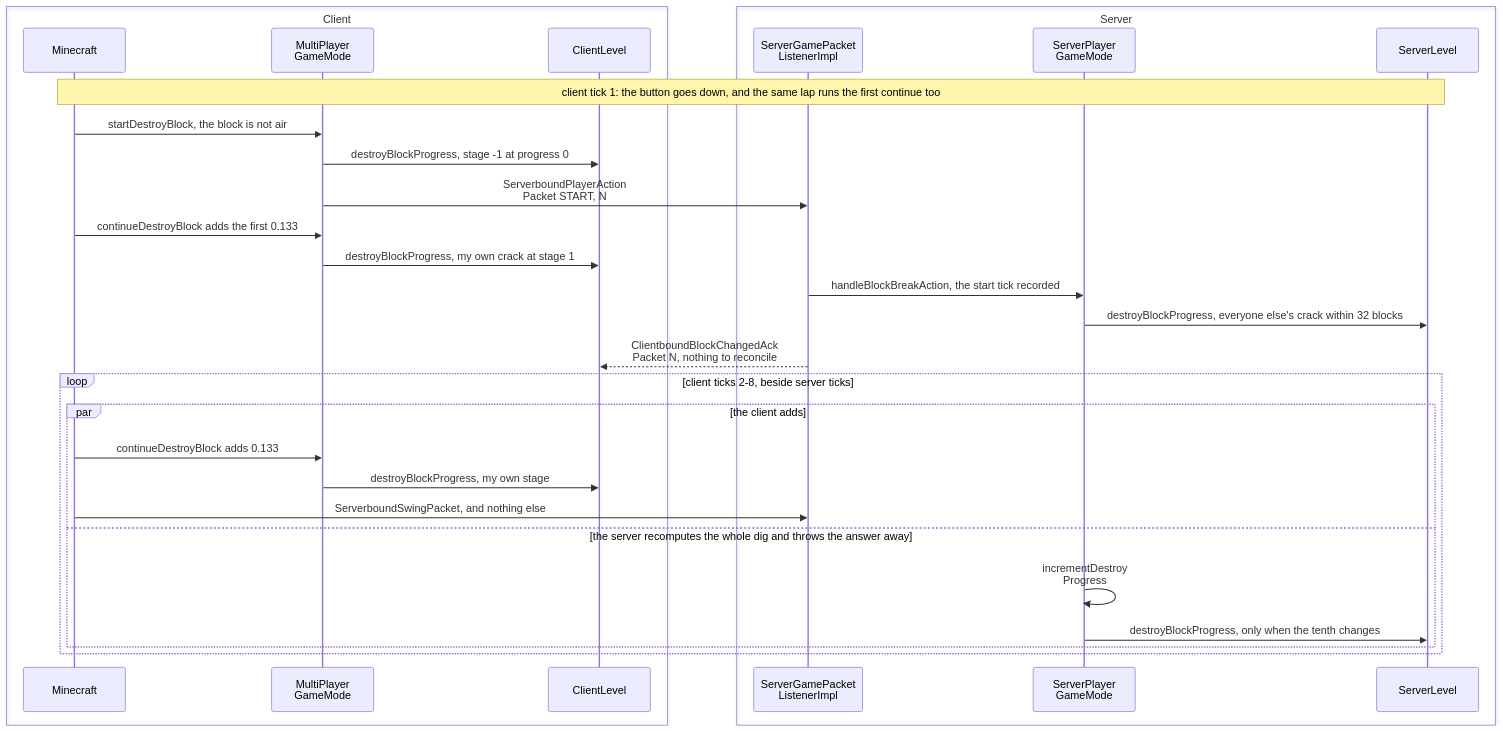
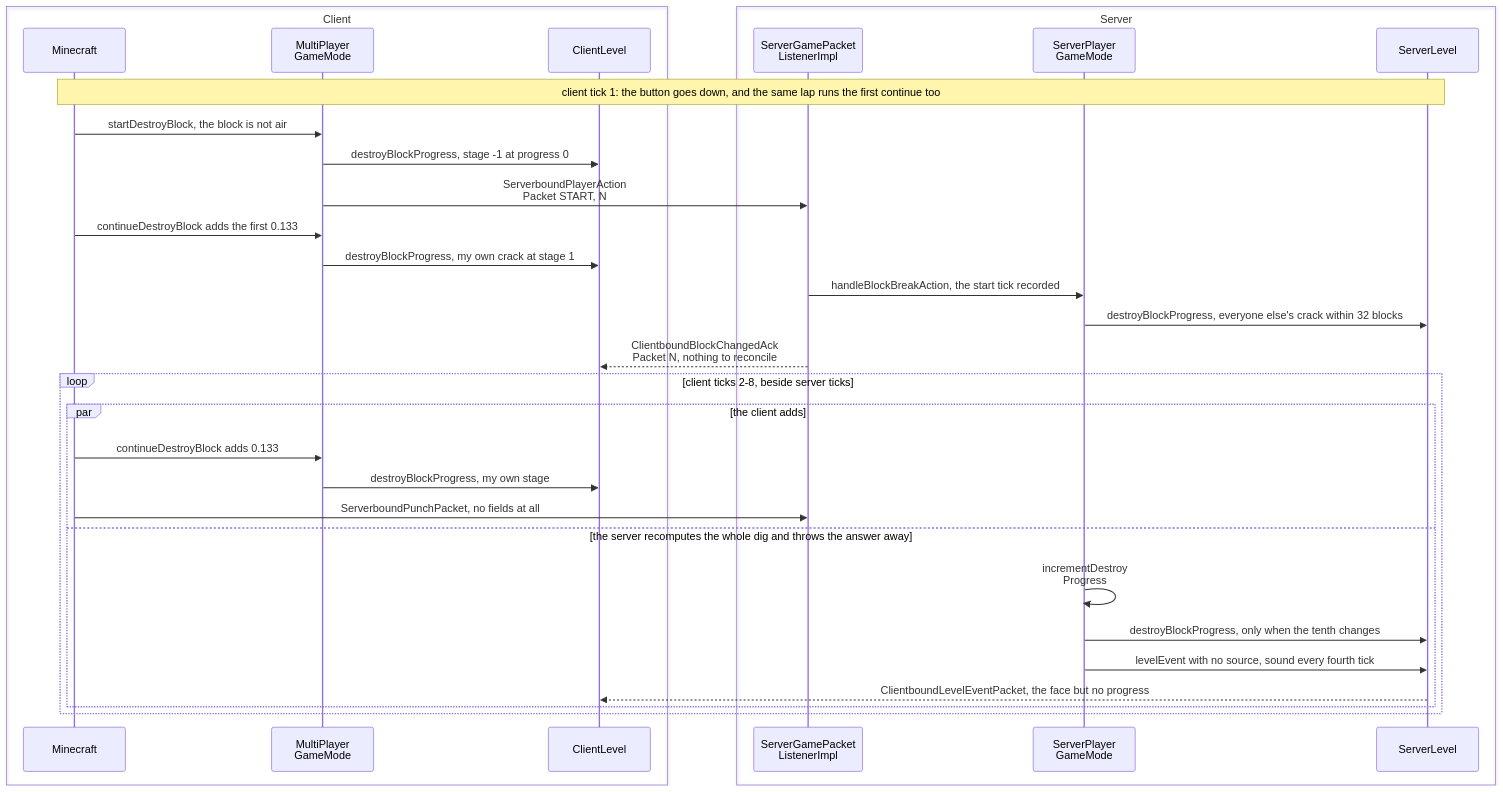
Before and after one commit to AlexanderjFraser/MinecraftDocs: the first of 2 diagrams in src/systems/blocks/block-breaking.md, drawn with Mermaid. The commit also changed other lines of this file and 68 other files, not shown here.

````diff
--- a/src/systems/blocks/block-breaking.md
+++ b/src/systems/blocks/block-breaking.md
@@ -39,34 +40,36 @@
 ```mermaid
 sequenceDiagram
     box Client
         participant MC as Minecraft
         participant MPGM as MultiPlayer<br/>GameMode
         participant CL as ClientLevel
     end
     box Server
         participant SGPL as ServerGamePacket<br/>ListenerImpl
         participant SPGM as ServerPlayer<br/>GameMode
         participant SL as ServerLevel
     end
 
     Note over MC,SL: client tick 1: the button goes down, and the same lap runs the first continue too
     MC->>MPGM: startDestroyBlock, the block is not air
     MPGM->>CL: destroyBlockProgress, stage -1 at progress 0
     MPGM->>SGPL: ServerboundPlayerAction<br/>Packet START, N
     MC->>MPGM: continueDestroyBlock adds the first 0.133
     MPGM->>CL: destroyBlockProgress, my own crack at stage 1
     SGPL->>SPGM: handleBlockBreakAction, the start tick recorded
     SPGM->>SL: destroyBlockProgress, everyone else's crack within 32 blocks
     SGPL-->>CL: ClientboundBlockChangedAck<br/>Packet N, nothing to reconcile
 
     loop client ticks 2-8, beside server ticks
         par the client adds
             MC->>MPGM: continueDestroyBlock adds 0.133
             MPGM->>CL: destroyBlockProgress, my own stage
-            MC->>SGPL: ServerboundSwingPacket, and nothing else
+            MC->>SGPL: ServerboundPunchPacket, no fields at all
         and the server recomputes the whole dig and throws the answer away
             SPGM->>SPGM: incrementDestroy<br/>Progress
             SPGM->>SL: destroyBlockProgress, only when the tenth changes
+            SPGM->>SL: levelEvent with no source, sound every fourth tick
+            SL-->>CL: ClientboundLevelEventPacket, the face but no progress
         end
     end
 ```
````
